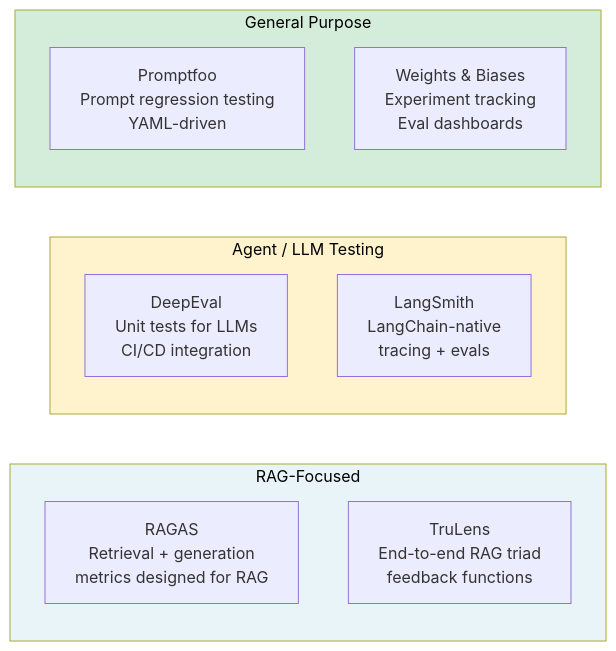
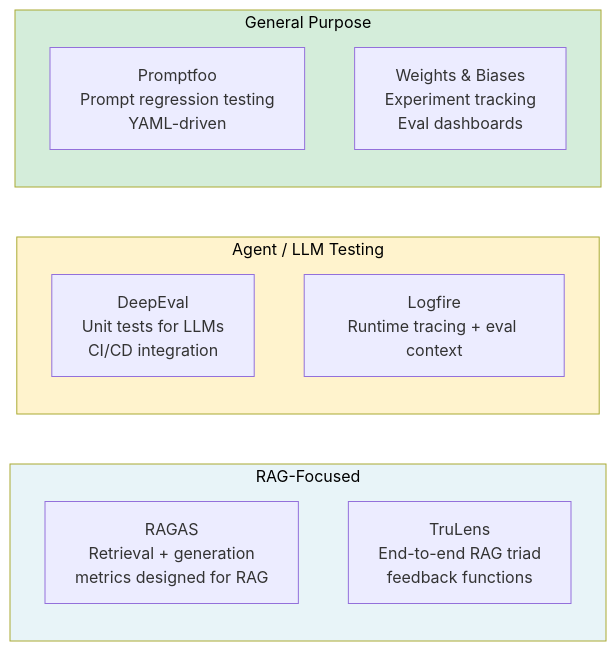
One commit to krishankumar63/Agentic-RAG changed the tenth of 14 diagrams in DOCS/10_EVALS.md. Above: the diagram before and after it, drawn with Mermaid. The commit also changed other lines of this file and 5 other files, not shown here.

````diff
--- a/DOCS/10_EVALS.md
+++ b/DOCS/10_EVALS.md
@@ -579,21 +580,21 @@
 ```mermaid
 graph LR
     subgraph RAG["RAG-Focused"]
         R1[RAGAS\nRetrieval + generation\nmetrics designed for RAG]
         R2[TruLens\nEnd-to-end RAG triad\nfeedback functions]
     end
 
     subgraph Agent["Agent / LLM Testing"]
         A1[DeepEval\nUnit tests for LLMs\nCI/CD integration]
-        A2[LangSmith\nLangChain-native\ntracing + evals]
+        A2[Logfire\nRuntime tracing + eval context]
     end
 
     subgraph General["General Purpose"]
         G1[Promptfoo\nPrompt regression testing\nYAML-driven]
         G2[Weights & Biases\nExperiment tracking\nEval dashboards]
     end
 
     style RAG fill:#e8f4f8,color:#000
     style Agent fill:#fff3cd,color:#000
     style General fill:#d4edda,color:#000
 ```
````
